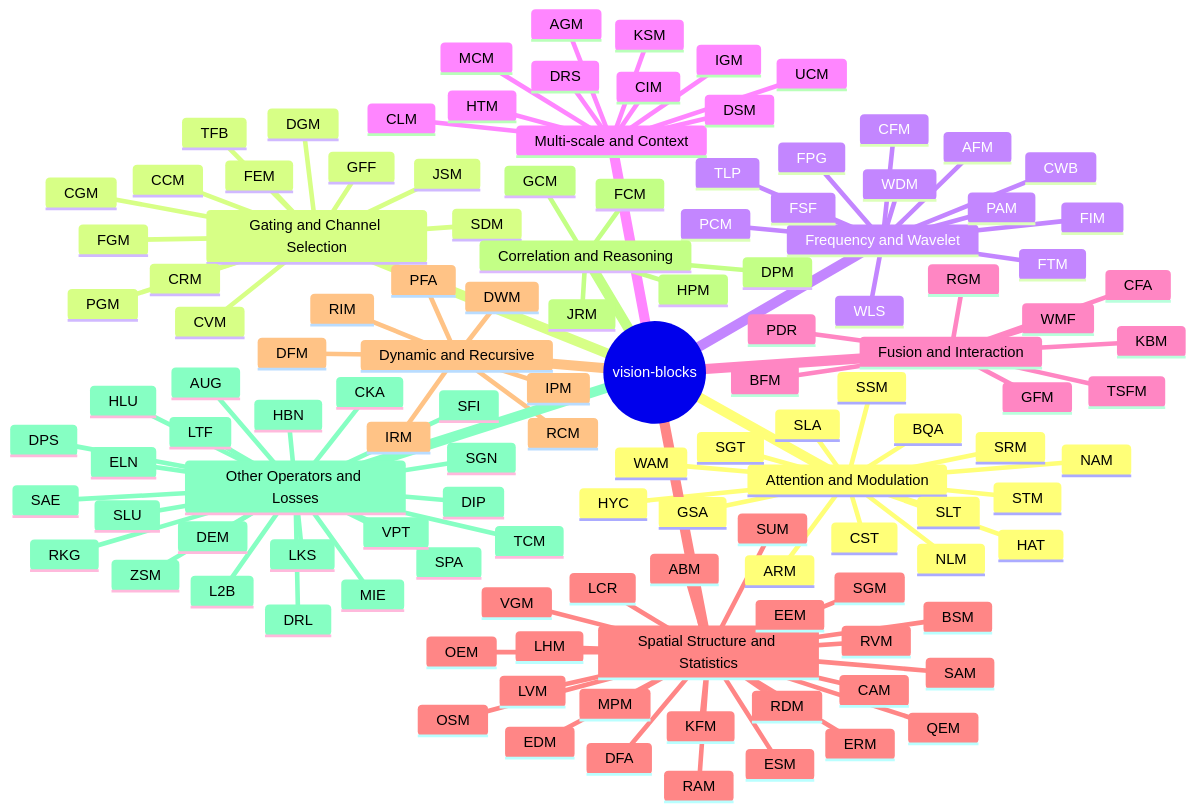
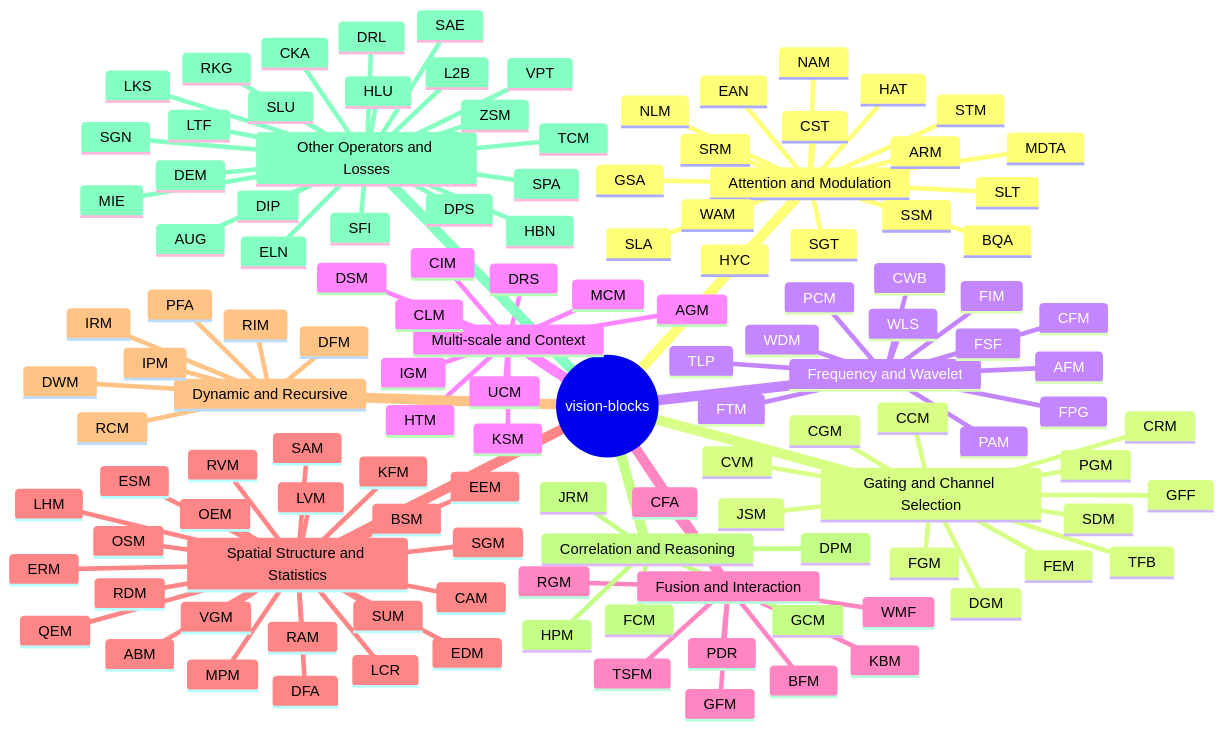
One commit to BUG423/vision-blocks changed the third of 3 diagrams in README_EN.md. Above: the diagram before and after it, drawn with Mermaid. The commit also changed other lines of this file and 5 other files, not shown here.

Commit message:
新增 2 个 TPAMI 顶刊论文提取模块（MDTA/EAN）及 BCL 时序适配器，更新文档与统计

```diff
--- a/README_EN.md
+++ b/README_EN.md
@@ -135,6 +136,8 @@
       SLT
       HYC
       SGT
+      MDTA
+      EAN
     Gating and Channel Selection
       CGM
       GFF
```
